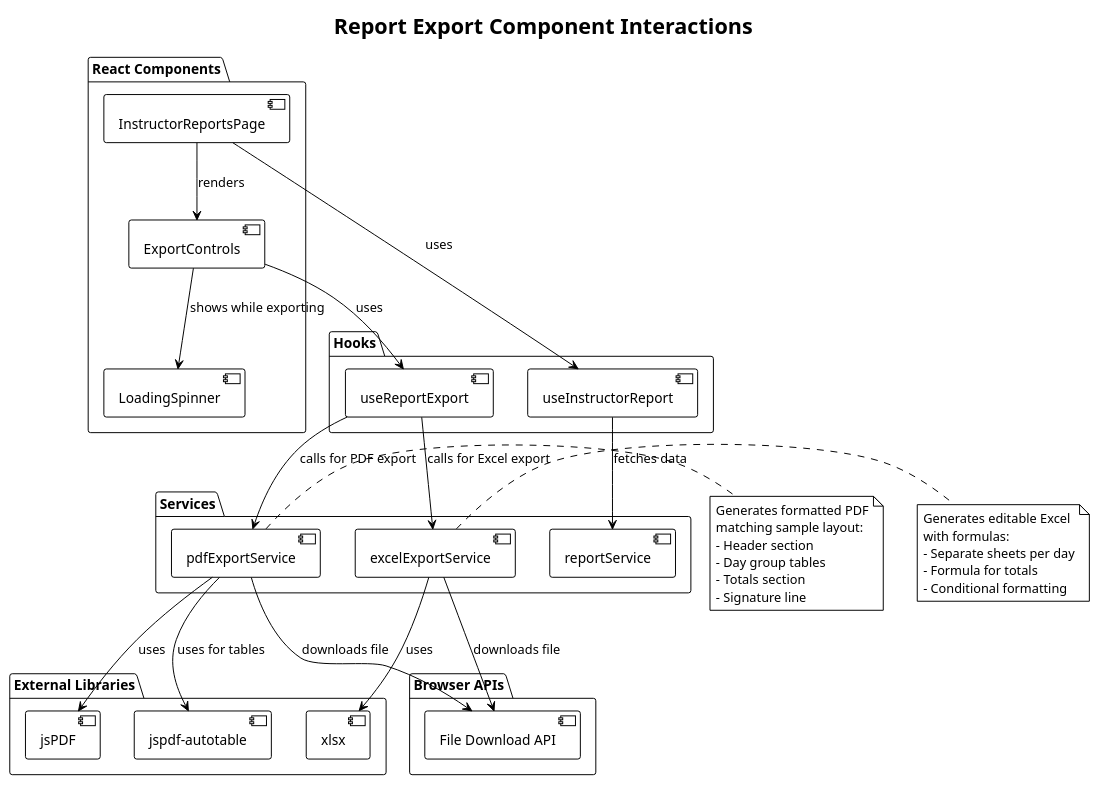
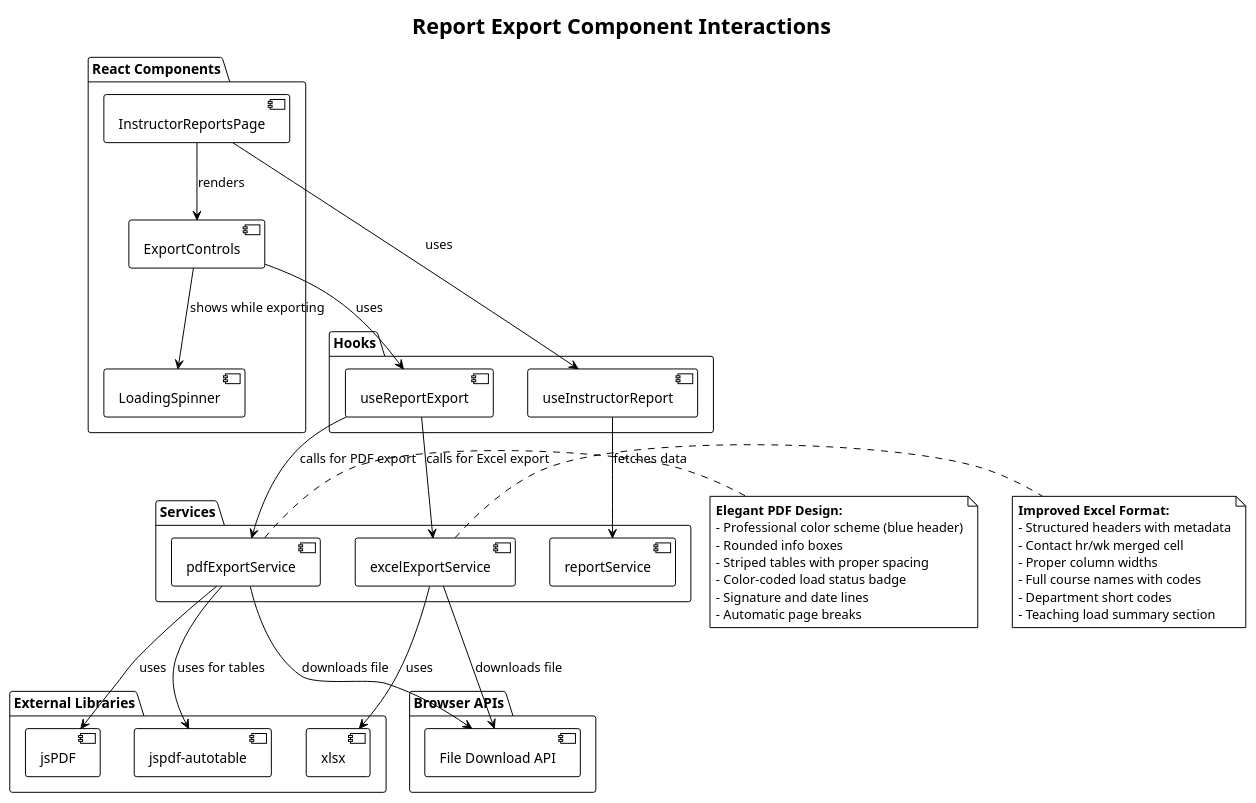
The sixth of 7 diagrams in docs/c4-diagrams/instructor-reports-system.puml (Wence024/ClassFlow), drawn with PlantUML before and after one commit. The commit also changed other lines of this file and 4 other files, not shown here.

```diff
--- a/docs/c4-diagrams/instructor-reports-system.puml
+++ b/docs/c4-diagrams/instructor-reports-system.puml
@@ -280,67 +280,70 @@
 @startuml Report Export - Component Interaction
 !theme plain
 title Report Export Component Interactions
 
 package "React Components" {
     [InstructorReportsPage] as Page
     [ExportControls] as Export
     [LoadingSpinner] as Spinner
 }
 
 package "Hooks" {
     [useReportExport] as ExportHook
     [useInstructorReport] as ReportHook
 }
 
 package "Services" {
     [pdfExportService] as PDF
     [excelExportService] as Excel
     [reportService] as Report
 }
 
 package "External Libraries" {
     [jsPDF] as JSPDF
     [jspdf-autotable] as AutoTable
     [xlsx] as XLSX
 }
 
 package "Browser APIs" {
     [File Download API] as FileAPI
 }
 
 Page --> Export : renders
 Page --> ReportHook : uses
 Export --> ExportHook : uses
 Export --> Spinner : shows while exporting
 
 ExportHook --> PDF : calls for PDF export
 ExportHook --> Excel : calls for Excel export
 
 PDF --> JSPDF : uses
 PDF --> AutoTable : uses for tables
 
 Excel --> XLSX : uses
 
 ReportHook --> Report : fetches data
 
 PDF --> FileAPI : downloads file
 Excel --> FileAPI : downloads file
 
 note right of PDF
-    Generates formatted PDF
-    matching sample layout:
-    - Header section
-    - Day group tables
-    - Totals section
-    - Signature line
+    **Elegant PDF Design:**
+    - Professional color scheme (blue header)
+    - Rounded info boxes
+    - Striped tables with proper spacing
+    - Color-coded load status badge
+    - Signature and date lines
+    - Automatic page breaks
 end note
 
 note right of Excel
-    Generates editable Excel
-    with formulas:
-    - Separate sheets per day
-    - Formula for totals
-    - Conditional formatting
+    **Improved Excel Format:**
+    - Structured headers with metadata
+    - Contact hr/wk merged cell
+    - Proper column widths
+    - Full course names with codes
+    - Department short codes
+    - Teaching load summary section
 end note
 
 @enduml
```
